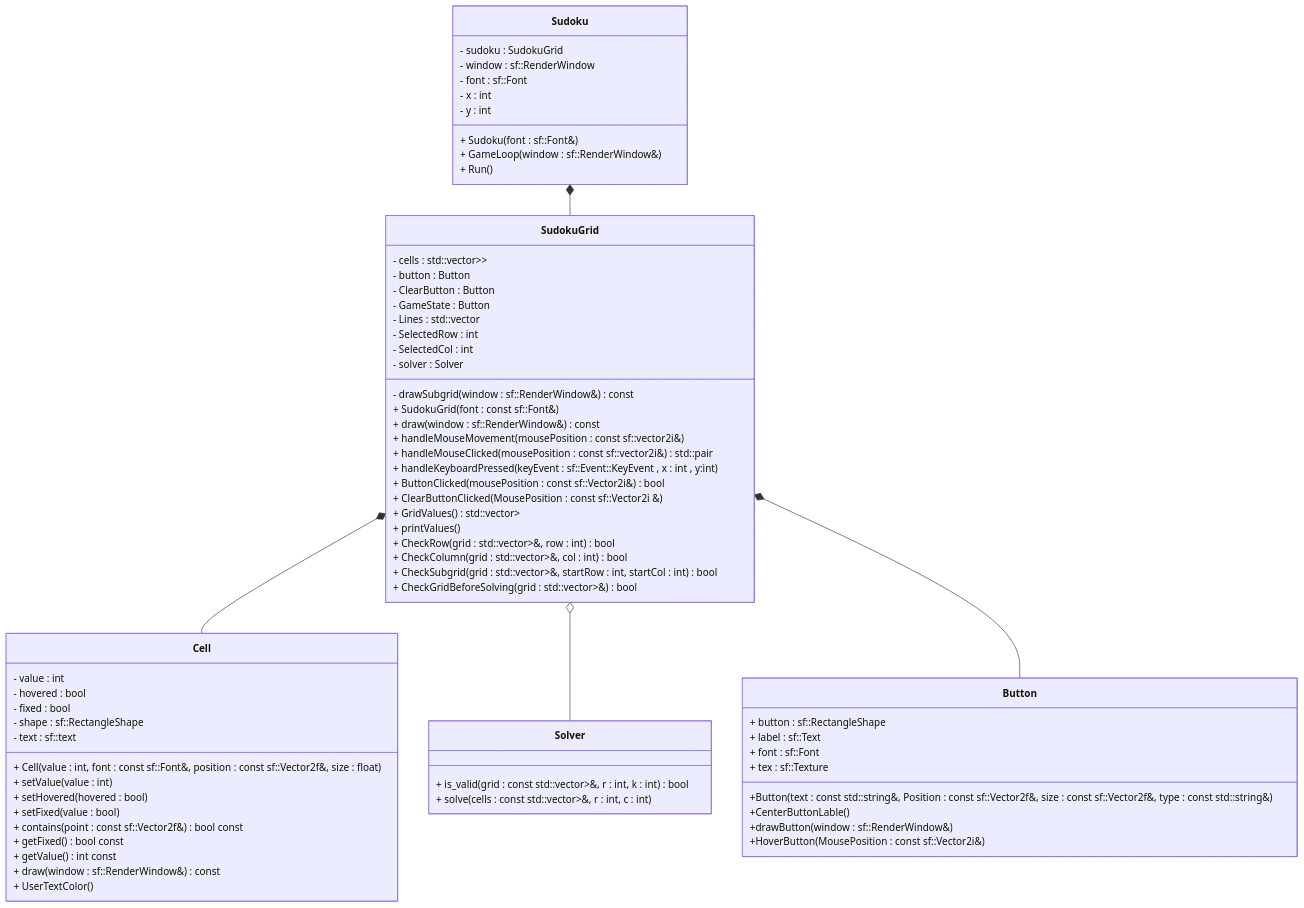
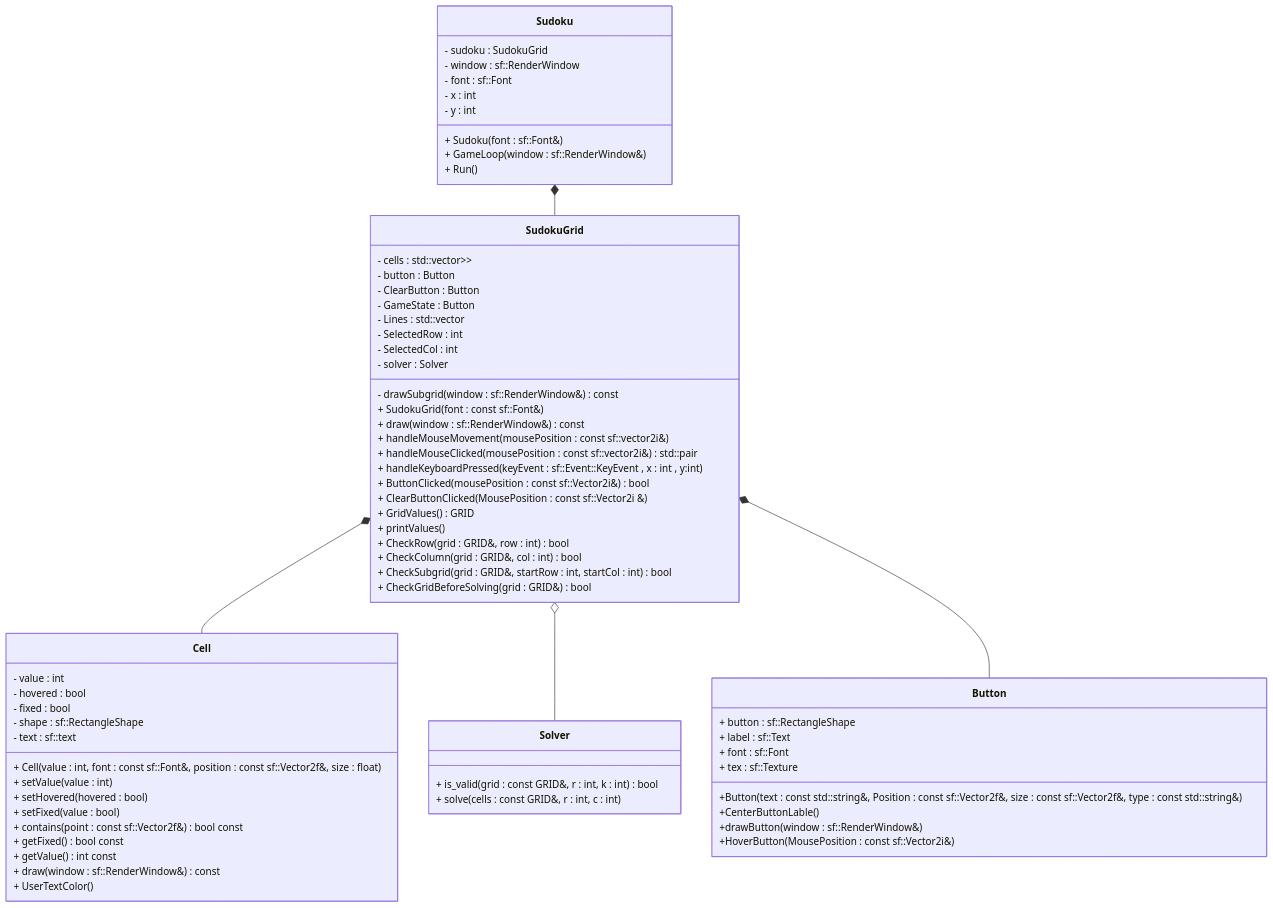
The diagram in README.md (zedoh/GUI-Sudoku-Solver), drawn with Mermaid before and after one commit. The commit also changed other lines of this file, not shown here.

Commit message:
Add Datastructures and Algorithms in README

````diff
--- a/README.md
+++ b/README.md
@@ -13,76 +20,76 @@
 ```mermaid
 classDiagram
     class SudokuGrid {
         - cells : std::vector<std::vector<std::shared_ptr<Cell>>>
         - button : Button
         - ClearButton : Button 
         - GameState : Button
         - Lines : std::vector<sf::RectangleShape>
         - SelectedRow : int 
         - SelectedCol : int 
         - solver : Solver
         - drawSubgrid(window : sf::RenderWindow&) const
         + SudokuGrid(font : const sf::Font&)
         + draw(window : sf::RenderWindow&) const
         + handleMouseMovement(mousePosition : const sf::vector2i&)
         + handleMouseClicked(mousePosition : const sf::vector2i&) std::pair<int,int>
         + handleKeyboardPressed(keyEvent : sf::Event::KeyEvent , x : int , y:int)
         + ButtonClicked(mousePosition : const sf::Vector2i&) bool
         + ClearButtonClicked(MousePosition : const sf::Vector2i &)
-        + GridValues() std::vector<std::vector<int>>
+        + GridValues() GRID
         + printValues()
-        + CheckRow(grid : std::vector<std::vector<int>>&, row : int) bool
-        + CheckColumn(grid : std::vector<std::vector<int>>&, col : int) bool
-        + CheckSubgrid(grid : std::vector<std::vector<int>>&, startRow : int, startCol : int) bool
-        + CheckGridBeforeSolving(grid : std::vector<std::vector<int>>&) bool
+        + CheckRow(grid : GRID&, row : int) bool
+        + CheckColumn(grid : GRID&, col : int) bool
+        + CheckSubgrid(grid : GRID&, startRow : int, startCol : int) bool
+        + CheckGridBeforeSolving(grid : GRID&) bool
     }
     
     class Cell {
         - value : int
         - hovered : bool
         - fixed : bool
         - shape : sf::RectangleShape
         - text  : sf::text
         + Cell(value : int, font : const sf::Font&, position : const sf::Vector2f&, size : float)
         + setValue(value : int)
         + setHovered(hovered : bool)
         + setFixed(value : bool)
         + contains(point : const sf::Vector2f&) bool const
         + getFixed() bool const
         + getValue() int const
         + draw(window : sf::RenderWindow&) const 
         + UserTextColor() 
     }
     
     class Button {
         + button : sf::RectangleShape
         + label : sf::Text
         + font  : sf::Font
         + tex : sf::Texture
         +Button(text : const std::string&, Position : const sf::Vector2f&, size : const sf::Vector2f&, type : const std::string&)
         +CenterButtonLable()
         +drawButton(window : sf::RenderWindow&)
         +HoverButton(MousePosition : const sf::Vector2i&)
     }
 
     class Sudoku {
         - sudoku : SudokuGrid
         - window : sf::RenderWindow
         - font : sf::Font 
         - x : int
         - y : int
         + Sudoku(font : sf::Font&)
         + GameLoop(window : sf::RenderWindow&)
         + Run()
     }
 
     class Solver {
-        + is_valid(grid : const std::vector<std::vector<int>>&, r : int, k : int) bool
-        + solve(cells : const std::vector<std::vector<int>>&, r : int, c : int)
+        + is_valid(grid : const GRID&, r : int, k : int) bool
+        + solve(cells : const GRID&, r : int, c : int)
     }
 
     SudokuGrid *-- Cell
     SudokuGrid o-- Solver
     SudokuGrid *-- Button
     Sudoku *-- SudokuGrid
 ```
````
